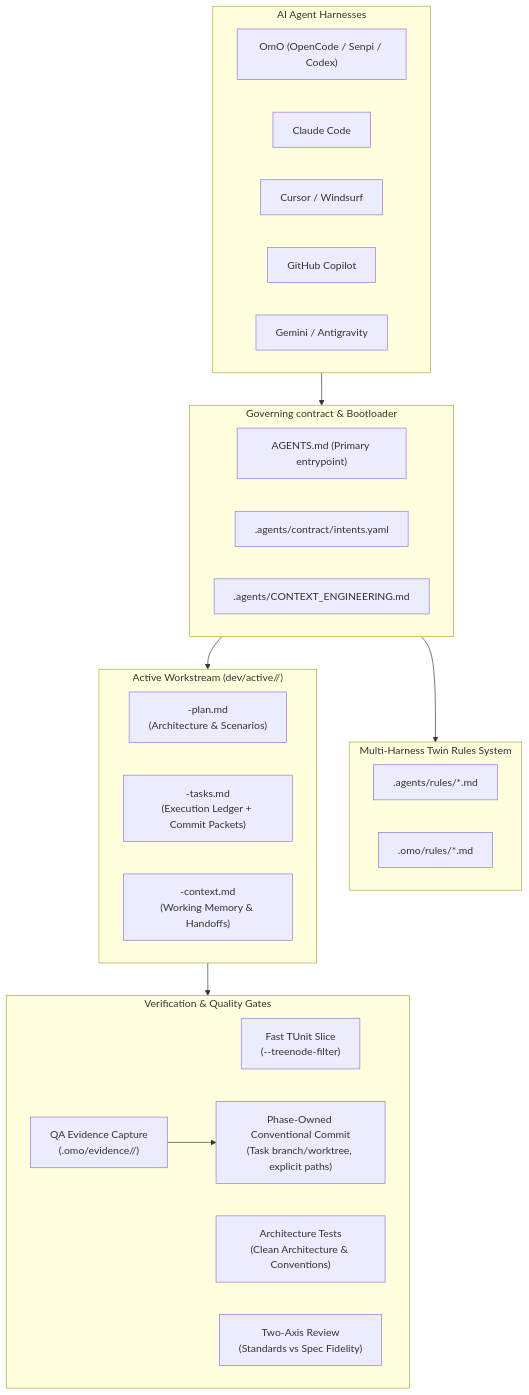
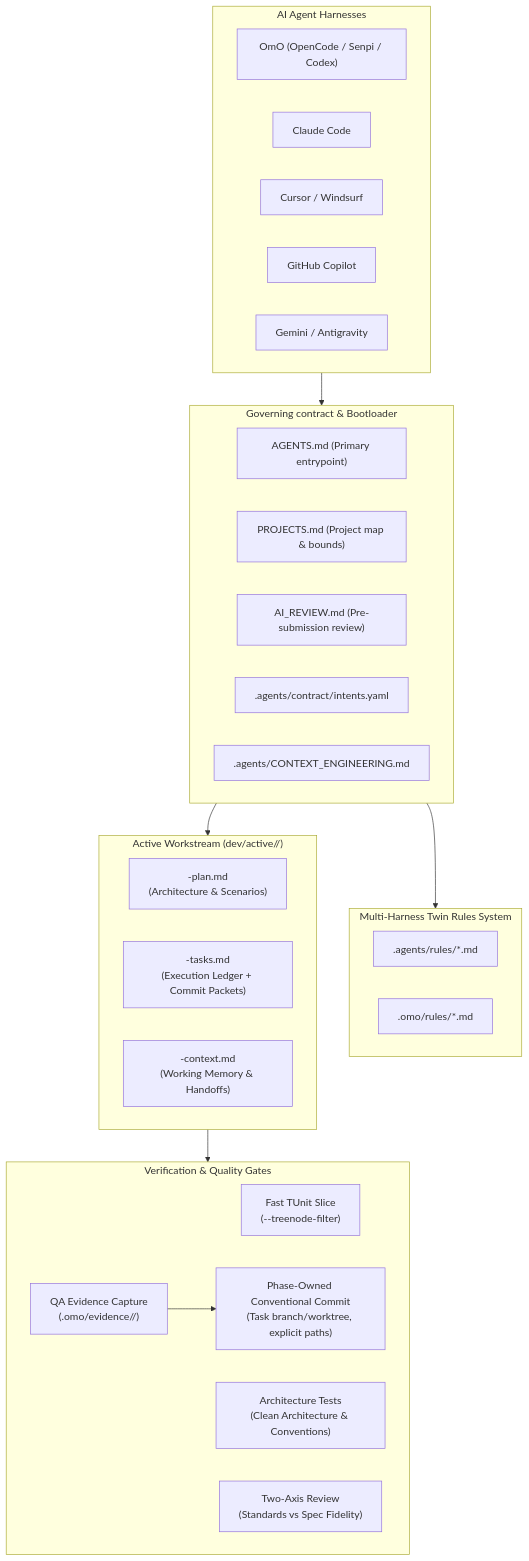
Before and after one commit to islamu-ngo/Event: the first of 11 diagrams in docs/internal/AGENTIC_CONTEXT_ENGINEERING.md, drawn with Mermaid. The commit also changed other lines of this file and 77 other files, not shown here.

First line of the commit message:
refactor(architecture): replace AutoMapper and MediatR references with native CQS and Riok.Mapperly

````diff
--- a/docs/internal/AGENTIC_CONTEXT_ENGINEERING.md
+++ b/docs/internal/AGENTIC_CONTEXT_ENGINEERING.md
@@ -28,41 +28,43 @@
 ```mermaid
 flowchart TB
     subgraph Harnesses["AI Agent Harnesses"]
         OmO["OmO (OpenCode / Senpi / Codex)"]
         Claude["Claude Code"]
         Cursor["Cursor / Windsurf"]
         Copilot["GitHub Copilot"]
         Gemini["Gemini / Antigravity"]
     end
 
     subgraph CoreContract["Governing contract & Bootloader"]
         AgentsMD["AGENTS.md (Primary entrypoint)"]
+        ProjectsMD["PROJECTS.md (Project map & bounds)"]
+        AiReviewMD["AI_REVIEW.md (Pre-submission review)"]
         IntentsYaml[".agents/contract/intents.yaml"]
         ContextEng[".agents/CONTEXT_ENGINEERING.md"]
     end
 
     subgraph TwinRules["Multi-Harness Twin Rules System"]
         AgentRules[".agents/rules/*.md"]
         OmoRules[".omo/rules/*.md"]
     end
 
     subgraph DevDocTriad["Active Workstream (dev/active/<task>/)"]
         PlanMD["<task>-plan.md\n(Architecture & Scenarios)"]
         TasksMD["<task>-tasks.md\n(Execution Ledger + Commit Packets)"]
         ContextMD["<task>-context.md\n(Working Memory & Handoffs)"]
     end
 
     subgraph Verification["Verification & Quality Gates"]
         TUnitFilter["Fast TUnit Slice\n(--treenode-filter)"]
         ArchTests["Architecture Tests\n(Clean Architecture & Conventions)"]
         TwoAxisReview["Two-Axis Review\n(Standards vs Spec Fidelity)"]
         EvidenceGate["QA Evidence Capture\n(.omo/evidence/<task>/)"]
         PhaseCommit["Phase-Owned Conventional Commit\n(Task branch/worktree, explicit paths)"]
     end
 
     Harnesses --> CoreContract
     CoreContract --> TwinRules
     CoreContract --> DevDocTriad
     DevDocTriad --> Verification
     EvidenceGate --> PhaseCommit
 ```
````
